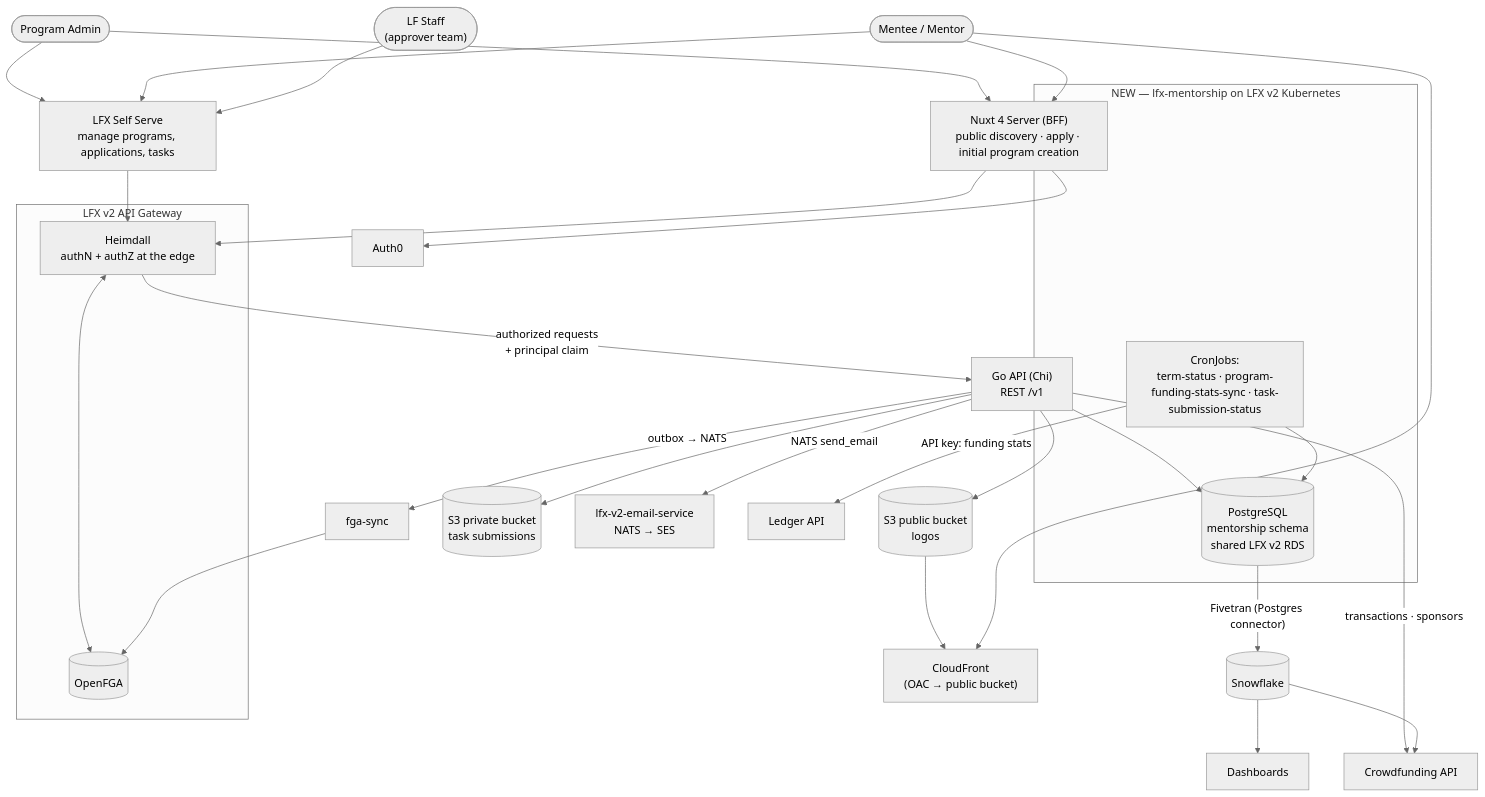
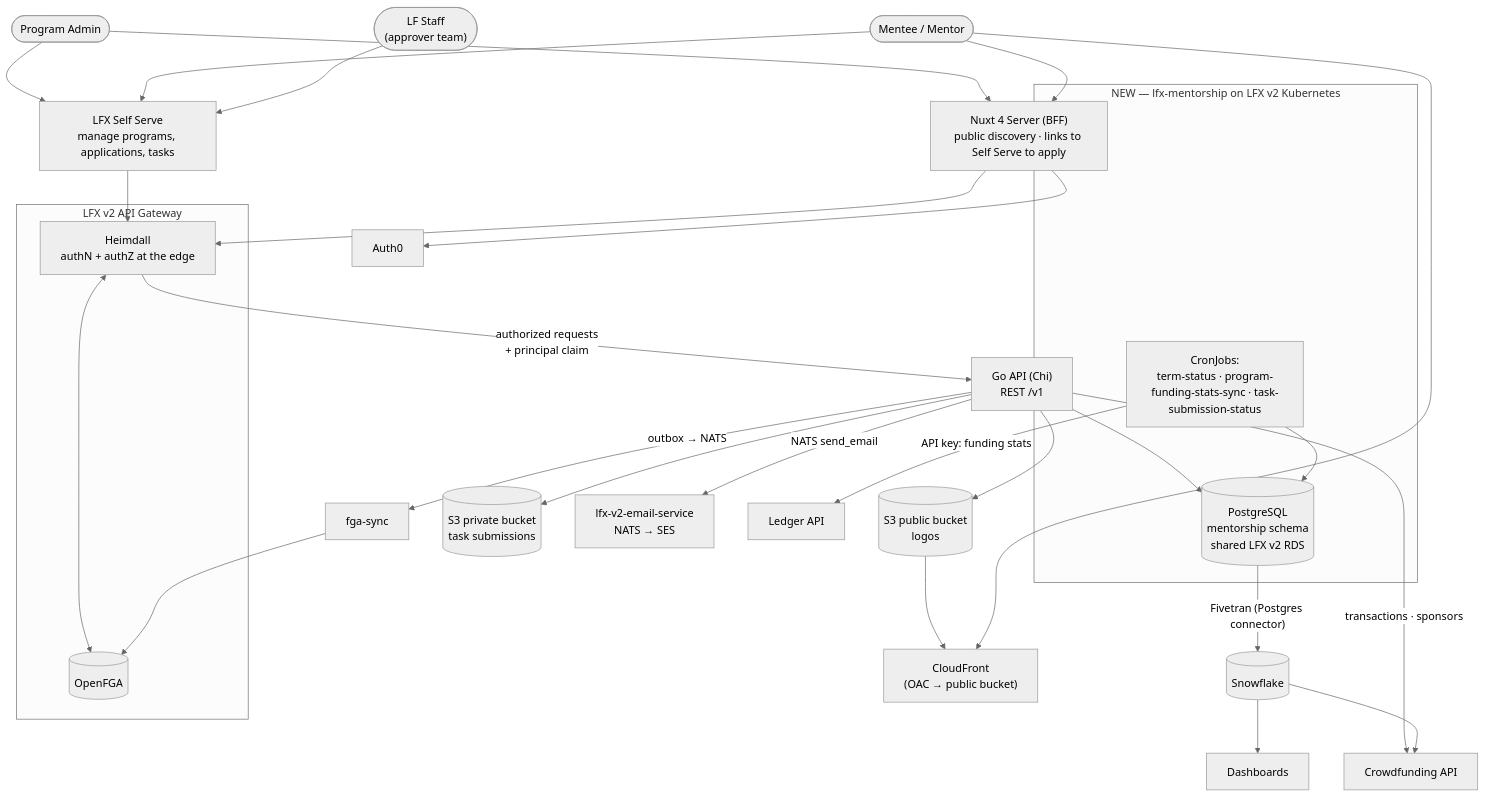
The first of 2 diagrams in docs/rewrite/02-target-architecture.md (linuxfoundation/lfx-mentorship), drawn with Mermaid (neutral theme) before and after one commit. The commit also changed other lines of this file and 1 other file, not shown here.

First line of the commit message:
docs: correct ARCHITECTURE.md against the frontend, Self Serve and Ledger

````diff
--- a/docs/rewrite/02-target-architecture.md
+++ b/docs/rewrite/02-target-architecture.md
@@ -22,52 +22,52 @@
 ```mermaid
 flowchart TB
     ADMIN(["Program Admin"])
     USERS(["Mentee / Mentor"])
     SUPER(["LF Staff<br/>(approver team)"])
 
     subgraph GW["LFX v2 API Gateway"]
         HEIMDALL["Heimdall<br/>authN + authZ at the edge"]
         FGA[("OpenFGA")]
     end
 
     subgraph K8S["NEW — lfx-mentorship on LFX v2 Kubernetes"]
-        NUXT["Nuxt 4 Server (BFF)<br/>public discovery · apply · initial program creation"]
+        NUXT["Nuxt 4 Server (BFF)<br/>public discovery · links to Self Serve to apply"]
         API["Go API (Chi)<br/>REST /v1"]
         PG[("PostgreSQL<br/>mentorship schema<br/>shared LFX v2 RDS")]
         CRONS["CronJobs:<br/>term-status · program-funding-stats-sync · task-submission-status"]
     end
 
     SS["LFX Self Serve<br/>manage programs, applications, tasks"]
     SYNC["fga-sync"]
     AUTH0["Auth0"]
     S3PUB[("S3 public bucket<br/>logos")]
     S3PRIV[("S3 private bucket<br/>task submissions")]
     CDN["CloudFront<br/>(OAC → public bucket)"]
     EMAIL["lfx-v2-email-service<br/>NATS → SES"]
     CFAPI["Crowdfunding API"]
     LEDGER["Ledger API"]
     SF[("Snowflake")]
     DASH["Dashboards"]
 
     ADMIN & USERS --> NUXT
     ADMIN & USERS & SUPER --> SS
     NUXT --> HEIMDALL
     SS --> HEIMDALL
     HEIMDALL <--> FGA
     HEIMDALL -- "authorized requests<br/>+ principal claim" --> API
     NUXT --> AUTH0
     API --> PG
     API --> S3PUB
     API --> S3PRIV
     S3PUB --> CDN
     USERS --> CDN
     API -- "NATS send_email" --> EMAIL
     API -- "outbox → NATS" --> SYNC
     SYNC --> FGA
     CRONS --> PG
     CRONS -- "API key: funding stats" --> LEDGER
     API -- "transactions · sponsors" --> CFAPI
     PG -- "Fivetran (Postgres connector)" --> SF
     SF --> DASH
     SF --> CFAPI
 ```
````
